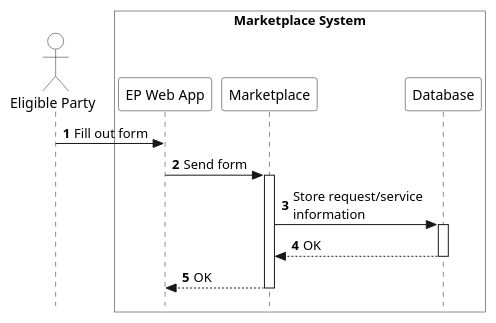
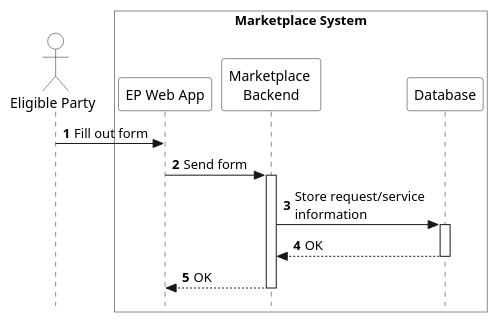
Before and after one commit to eddie-energy/architecture: the diagram in arc42/marketplace/runtime-view/figures/marketplace-create-request.puml, drawn with PlantUML. The commit also changed 17 other files, not shown here.

Commit message:
update the marketplace backend

```diff
--- a/arc42/marketplace/runtime-view/figures/marketplace-create-request.puml
+++ b/arc42/marketplace/runtime-view/figures/marketplace-create-request.puml
@@ -1,29 +1,29 @@
 @startuml marketplace-create-request
 
 skinparam style strictuml
 skinparam sequence {
   ParticipantBackgroundColor transparent
   ActorBackgroundColor transparent
 }
 
 autonumber
 !pragma teoz true
 
 actor "Eligible Party" as ep
 box "Marketplace System" #transparent
   participant "EP Web App" as app
-  participant "Marketplace" as marketplace
+  participant "Marketplace \nBackend" as marketplace
   participant "Database" as database
 end box
 
 ep -> app : Fill out form
 app -> marketplace : Send form
 activate marketplace
 marketplace -> database : Store request/service \ninformation
 activate database
 database --> marketplace : OK
 deactivate database
 marketplace --> app : OK
 deactivate marketplace
 
 @enduml
```
